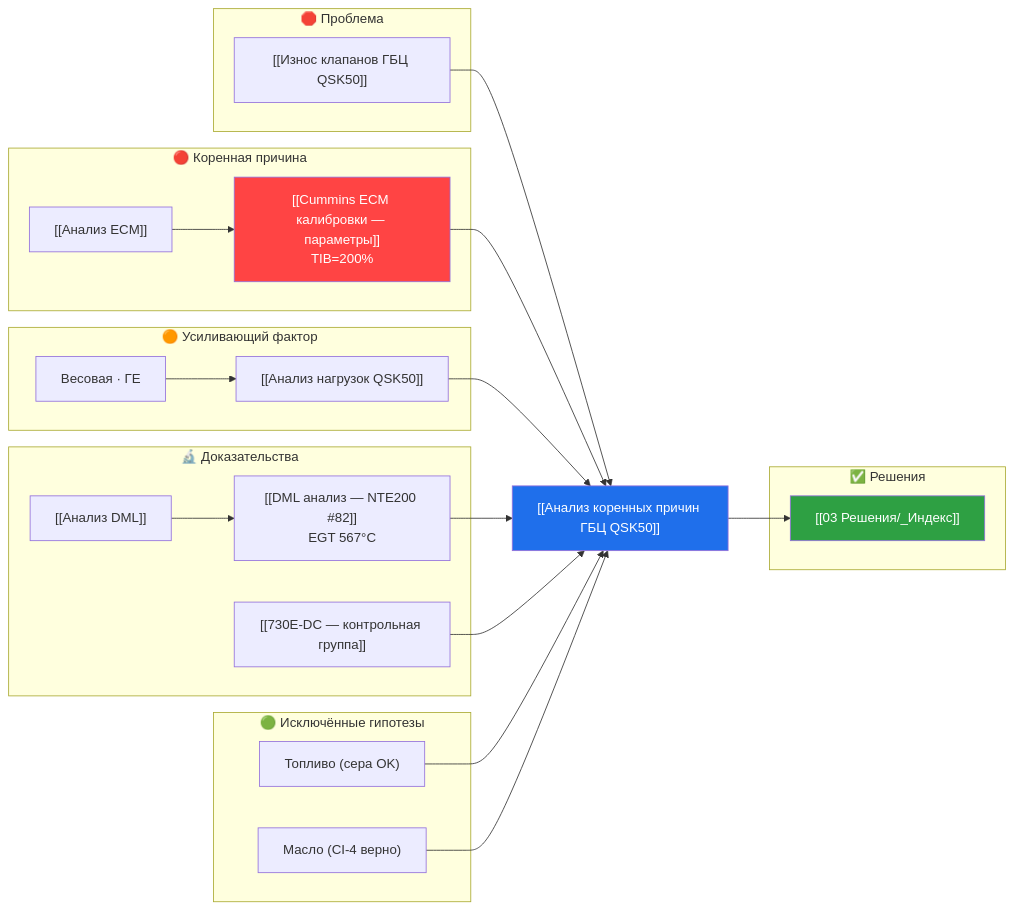
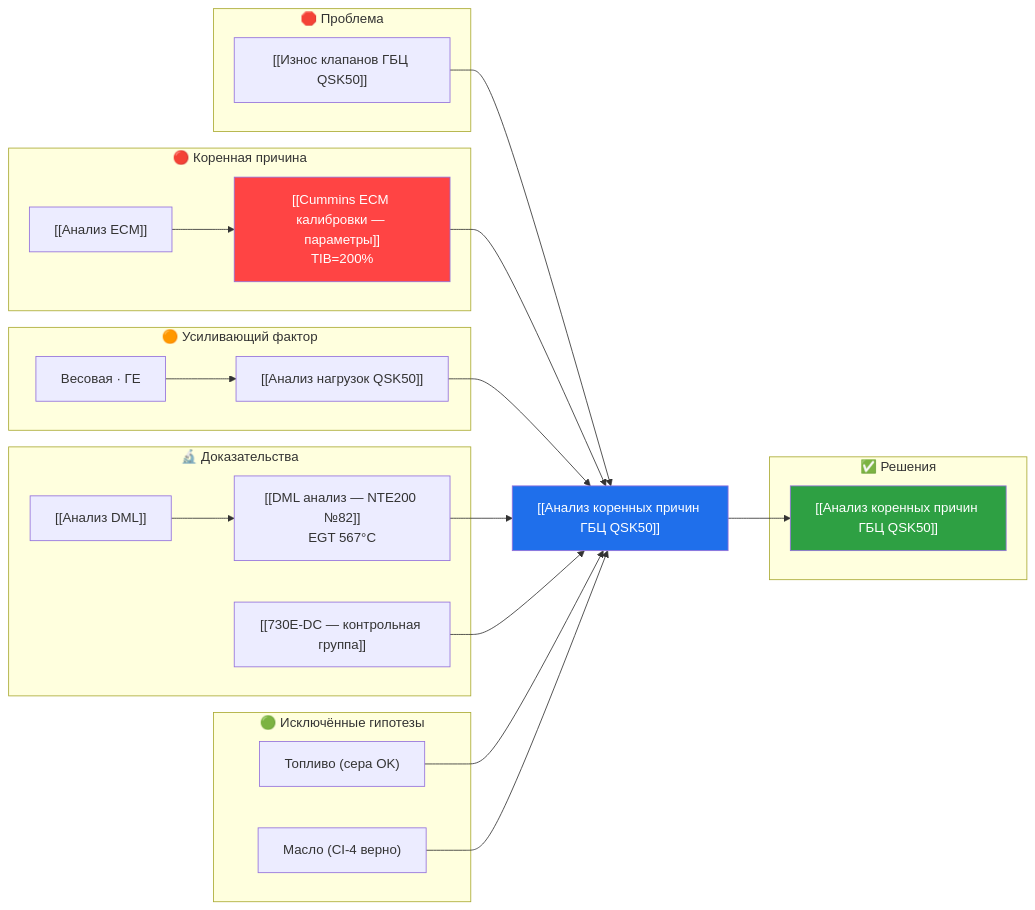
Before and after one commit to victorekuznetsov/NTE200: the second of 4 diagrams in 02 Диагностика/Думающая модель — карта расследования.md, drawn with Mermaid. The commit also changed other lines of this file and 44 other files, not shown here.

````diff
--- a/02 Диагностика/Думающая модель — карта расследования.md
+++ b/02 Диагностика/Думающая модель — карта расследования.md
@@ -80,49 +80,49 @@
 ```mermaid
 flowchart LR
     subgraph PROB["🛑 Проблема"]
         P1["[[Износ клапанов ГБЦ QSK50]]"]
     end
 
     subgraph CAUSE["🔴 Коренная причина"]
         C1["[[Cummins ECM калибровки — параметры]]<br/>TIB=200%"]
         C2["[[Анализ ECM]]"]
     end
 
     subgraph AMP["🟠 Усиливающий фактор"]
         L1["[[Анализ нагрузок QSK50]]"]
         L2["Весовая · ГЕ"]
     end
 
     subgraph EVID["🔬 Доказательства"]
-        E1["[[DML анализ — NTE200 #82]]<br/>EGT 567°C"]
+        E1["[[DML анализ — NTE200 №82]]<br/>EGT 567°C"]
         E2["[[Анализ DML]]"]
         E3["[[730E-DC — контрольная группа]]"]
     end
 
     subgraph EXCL["🟢 Исключённые гипотезы"]
         X1["Топливо (сера OK)"]
         X2["Масло (CI-4 верно)"]
     end
 
     subgraph SOL["✅ Решения"]
-        S1["[[03 Решения/_Индекс]]"]
+        S1["[[Анализ коренных причин ГБЦ QSK50]]"]
     end
 
     RCA["[[Анализ коренных причин ГБЦ QSK50]]"]
 
     P1 --> RCA
     C1 --> RCA
     C2 --> C1
     L1 --> RCA
     L2 --> L1
     E1 --> RCA
     E2 --> E1
     E3 --> RCA
     X1 --> RCA
     X2 --> RCA
     RCA --> S1
 
     style C1 fill:#ff4444,color:#fff
     style RCA fill:#1f6feb,color:#fff
     style S1 fill:#2ea043,color:#fff
 ```
````
